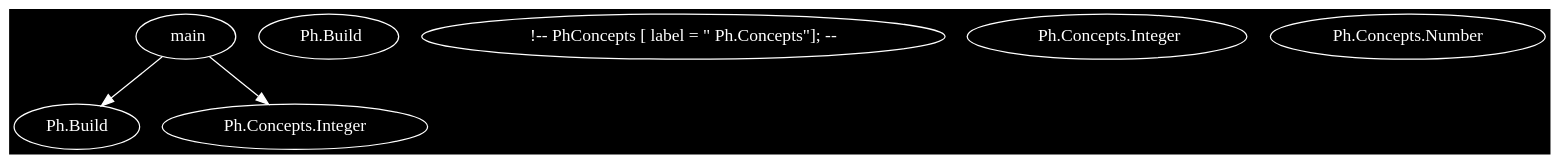
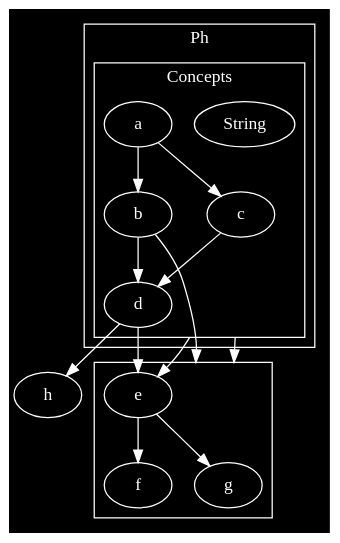
One commit to phiwen96/ph changed the first of 9 diagrams in README.md. Above: the diagram before and after it, drawn with Graphviz. The commit also changed other lines of this file and 2 other files, not shown here.

````diff
--- a/README.md
+++ b/README.md
@@ -36,29 +36,37 @@
 ```graphviz
 digraph G 
 {
 	compound=true;
-	graph [bgcolor=black]
-	node [fillcolor=black style=filled color=white fontcolor=white]
-	edge [color=white fontcolor=white]
+	graph [bgcolor=black fontcolor=white color=white];
+	node [fillcolor=black style=filled color=white fontcolor=white];
+	edge [color=white fontcolor=white];
 
-	main [ label = "  main"];
+	subgraph cluster0
+	{
+		label = "Ph"
+		
+		subgraph cluster1 
+		{
+			label = "Concepts"
+			"String";
+			a -> b;
+			a -> c;
+			b -> d;
+			c -> d;
+		}
+	}
 
-	PhBuild [ label = "  Ph.Build"];
-
-	<!-- PhConcepts [ label = " Ph.Concepts"]; -->
-
-	PhConceptsInteger [ label = "  Ph.Concepts.Integer"];
-
-	main -> "Ph.Build"
-
-	main -> "Ph.Concepts.Integer"
-
-		subgraph kmkm 
-	{ 
-
-		"Ph.Concepts.Integer"; 
-		"Ph.Concepts.Number";
+	
+	subgraph cluster2
+	{
+		e -> g;
+		e -> f;
 	}
+	b -> f [lhead=cluster2];
+	d -> e;
+	c -> g [ltail=cluster1,
+	lhead=cluster2];
+	c -> e [ltail=cluster1];
+	d -> h;
 }
-
 ```
````
